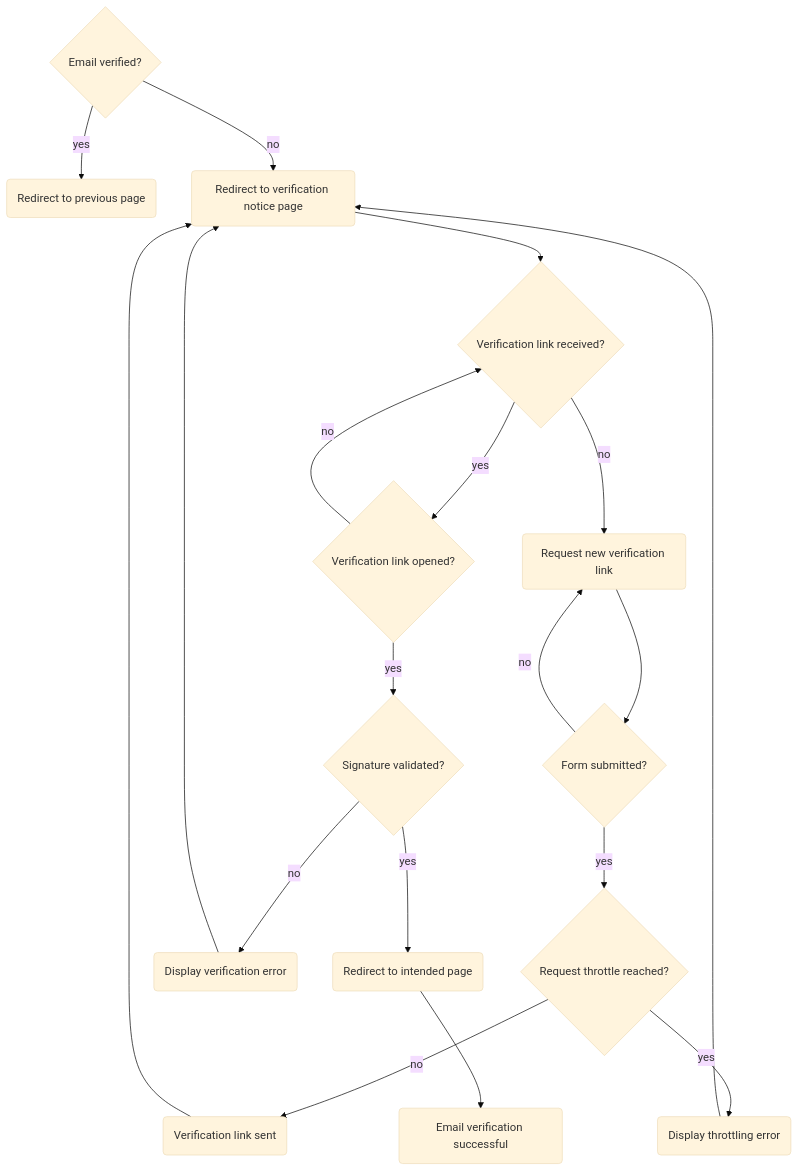
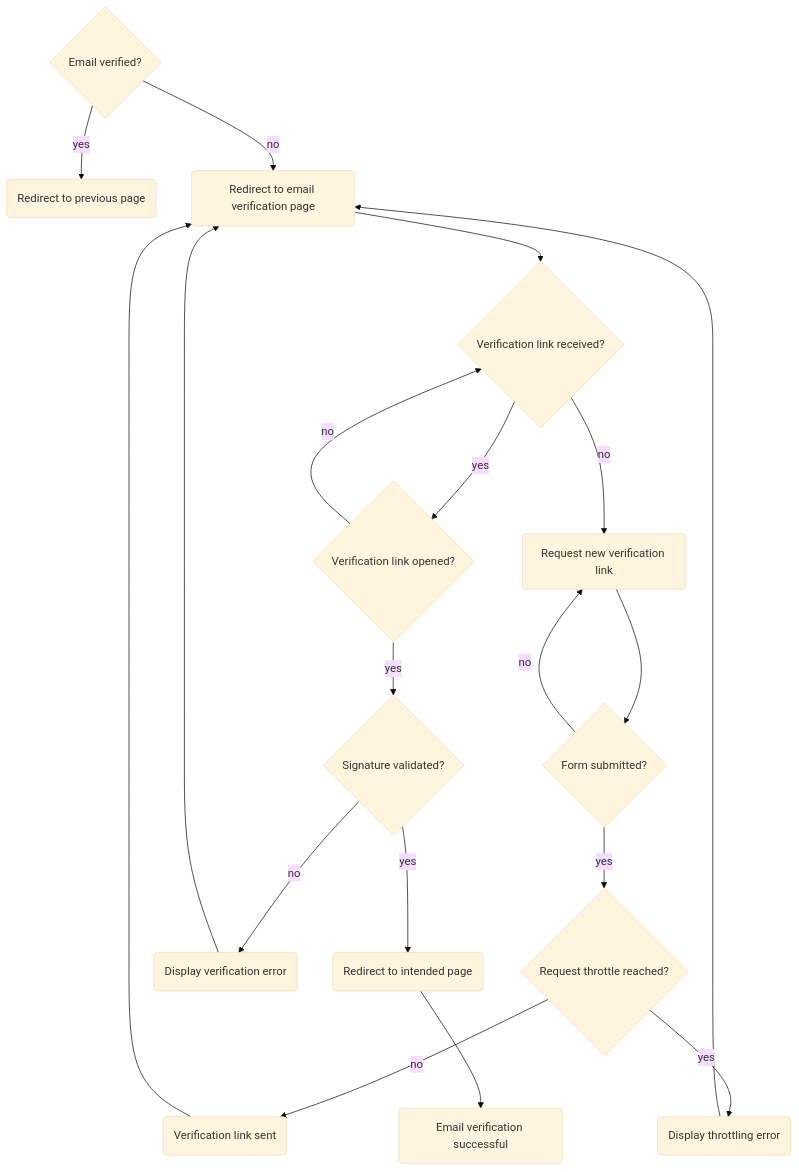
Before and after one commit to fsa-ara/shelfly: the diagram in docs/flowcharts/auth/email-verification.md, drawn with Mermaid (base theme).

Commit message:
docs: change redirect page name

````diff
--- a/docs/flowcharts/auth/email-verification.md
+++ b/docs/flowcharts/auth/email-verification.md
@@ -3,38 +3,38 @@
 ```mermaid
 flowchart TB
 
 ev --> | yes | rtpp
-ev --> | no | rtvnp
-rtvnp --> vlr
+ev --> | no | rtevp
+rtevp --> vlr
 vlr --> | no | rnvl
 rnvl --> fs
 fs --> | no | rnvl
 fs --> | yes | rtr
 rtr --> | no | vls
-vls --> rtvnp
+vls --> rtevp
 rtr --> | yes | dte
-dte --> rtvnp
+dte --> rtevp
 vlr --> | yes | vlo
 vlo --> | no | vlr
 vlo --> | yes | sv
 sv --> | no | dve
-dve --> rtvnp
+dve --> rtevp
 sv --> | yes | rtip
 rtip --> evs
 
 ev@{ shape: diamond, label: "Email verified?" }
 vlr@{ shape: diamond, label: "Verification link received?" }
 fs@{ shape: diamond, label: "Form submitted?" }
 rtr@{ shape: diamond, label: "Request throttle reached?" }
 vlo@{ shape: diamond, label: "Verification link opened?" }
 sv@{ shape: diamond, label: "Signature validated?" }
 
 rtpp@{ shape: rounded, label: "Redirect to previous page" }
-rtvnp@{ shape: rounded, label: "Redirect to verification notice page" }
+rtevp@{ shape: rounded, label: "Redirect to email verification page" }
 rnvl@{ shape: rounded, label: "Request new verification link" }
 vls@{ shape: rounded, label: "Verification link sent" }
 dte@{ shape: rounded, label: "Display throttling error" }
 dve@{ shape: rounded, label: "Display verification error" }
 rtip@{ shape: rounded, label: "Redirect to intended page" }
 evs@{ shape: rounded, label: "Email verification successful" }
 ```
````
